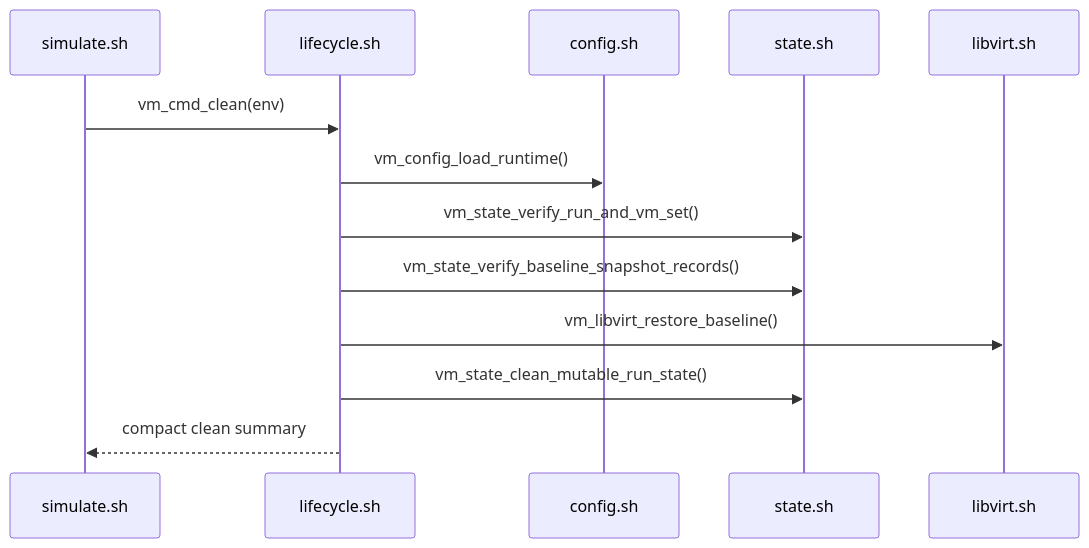
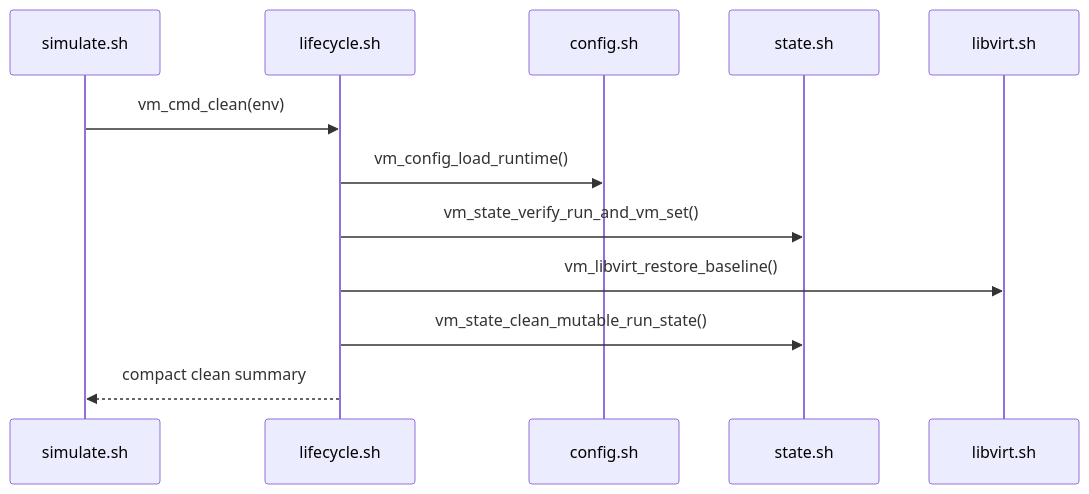
Diagram 17 of 19 in simulation/vm/sequences.md (NoNine/loopforge), drawn with Mermaid before and after one commit. The commit also changed other lines of this file and 4 other files, not shown here.

````diff
--- a/simulation/vm/sequences.md
+++ b/simulation/vm/sequences.md
@@ -336,16 +338,15 @@
 ```mermaid
 sequenceDiagram
   participant CLI as simulate.sh
   participant LC as lifecycle.sh
   participant CFG as config.sh
   participant ST as state.sh
   participant LV as libvirt.sh
 
   CLI->>LC: vm_cmd_clean(env)
   LC->>CFG: vm_config_load_runtime()
   LC->>ST: vm_state_verify_run_and_vm_set()
-  LC->>ST: vm_state_verify_baseline_snapshot_records()
   LC->>LV: vm_libvirt_restore_baseline()
   LC->>ST: vm_state_clean_mutable_run_state()
   LC-->>CLI: compact clean summary
 ```
````
